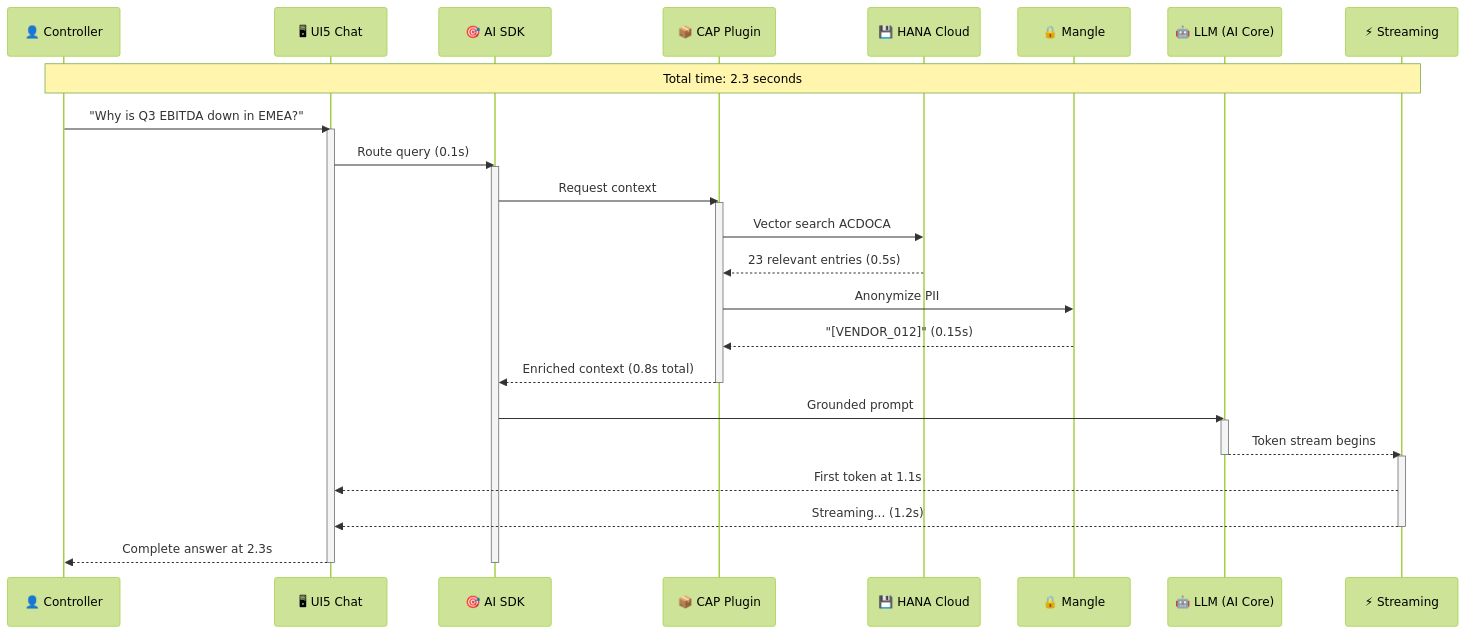
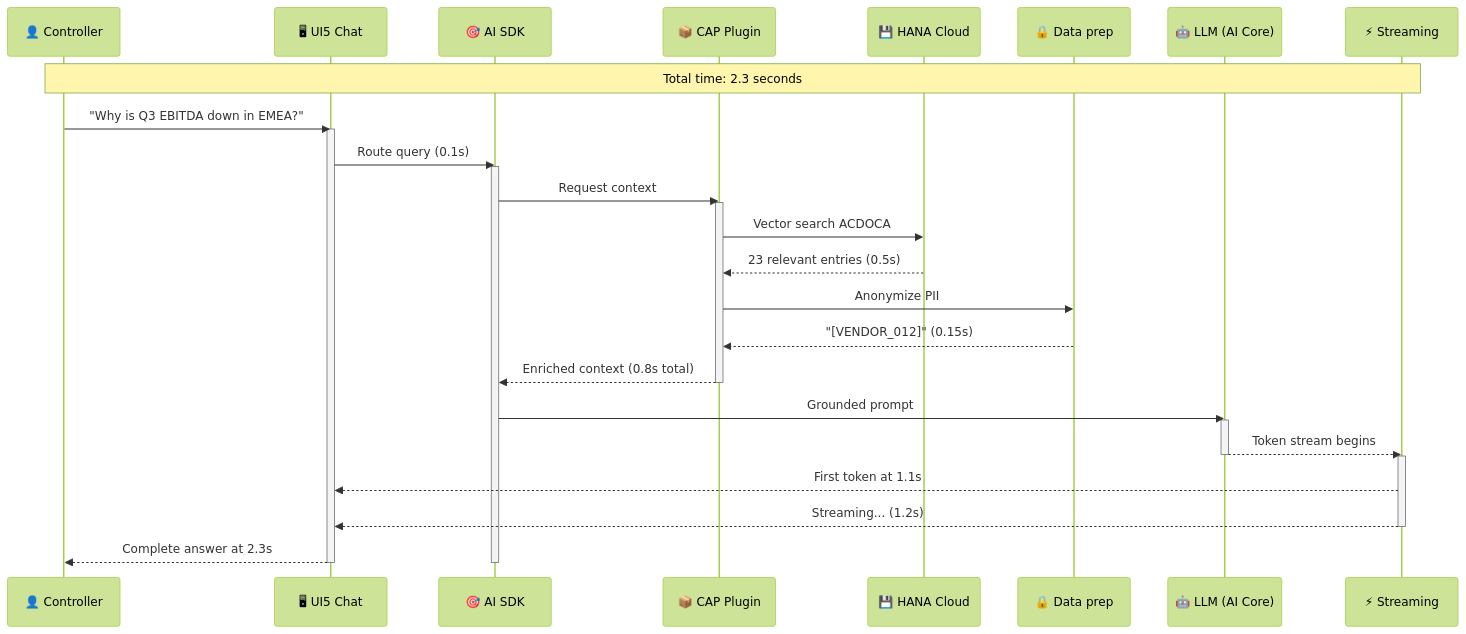
The first of 10 diagrams in docs/business-briefs/03-ensemble-strategy.md (GJKarthik/sap-oss-v1), drawn with Mermaid (forest theme) before and after one commit. The commit also changed other lines of this file and 2548 other files, not shown here.

````diff
--- a/docs/business-briefs/03-ensemble-strategy.md
+++ b/docs/business-briefs/03-ensemble-strategy.md
@@ -11,40 +11,40 @@
 ```mermaid
 sequenceDiagram
     participant User as 👤 Controller
     participant UI as 🖥 UI5 Chat
     participant SDK as 🎯 AI SDK
     participant CAP as 📦 CAP Plugin
     participant HANA as 💾 HANA Cloud
-    participant Mangle as 🔒 Mangle
+    participant DataPrep as 🔒 Data prep
     participant LLM as 🤖 LLM (AI Core)
     participant Stream as ⚡ Streaming
     
     Note over User,Stream: Total time: 2.3 seconds
     
     User->>UI: "Why is Q3 EBITDA down in EMEA?"
     activate UI
     UI->>SDK: Route query (0.1s)
     activate SDK
     
     SDK->>CAP: Request context
     activate CAP
     CAP->>HANA: Vector search ACDOCA
     HANA-->>CAP: 23 relevant entries (0.5s)
-    CAP->>Mangle: Anonymize PII
-    Mangle-->>CAP: "[VENDOR_012]" (0.15s)
+    CAP->>DataPrep: Anonymize PII
+    DataPrep-->>CAP: "[VENDOR_012]" (0.15s)
     CAP-->>SDK: Enriched context (0.8s total)
     deactivate CAP
     
     SDK->>LLM: Grounded prompt
     activate LLM
     LLM-->>Stream: Token stream begins
     deactivate LLM
     activate Stream
     Stream-->>UI: First token at 1.1s
     Stream-->>UI: Streaming... (1.2s)
     deactivate Stream
     
     UI-->>User: Complete answer at 2.3s
     deactivate SDK
     deactivate UI
 ```
````
